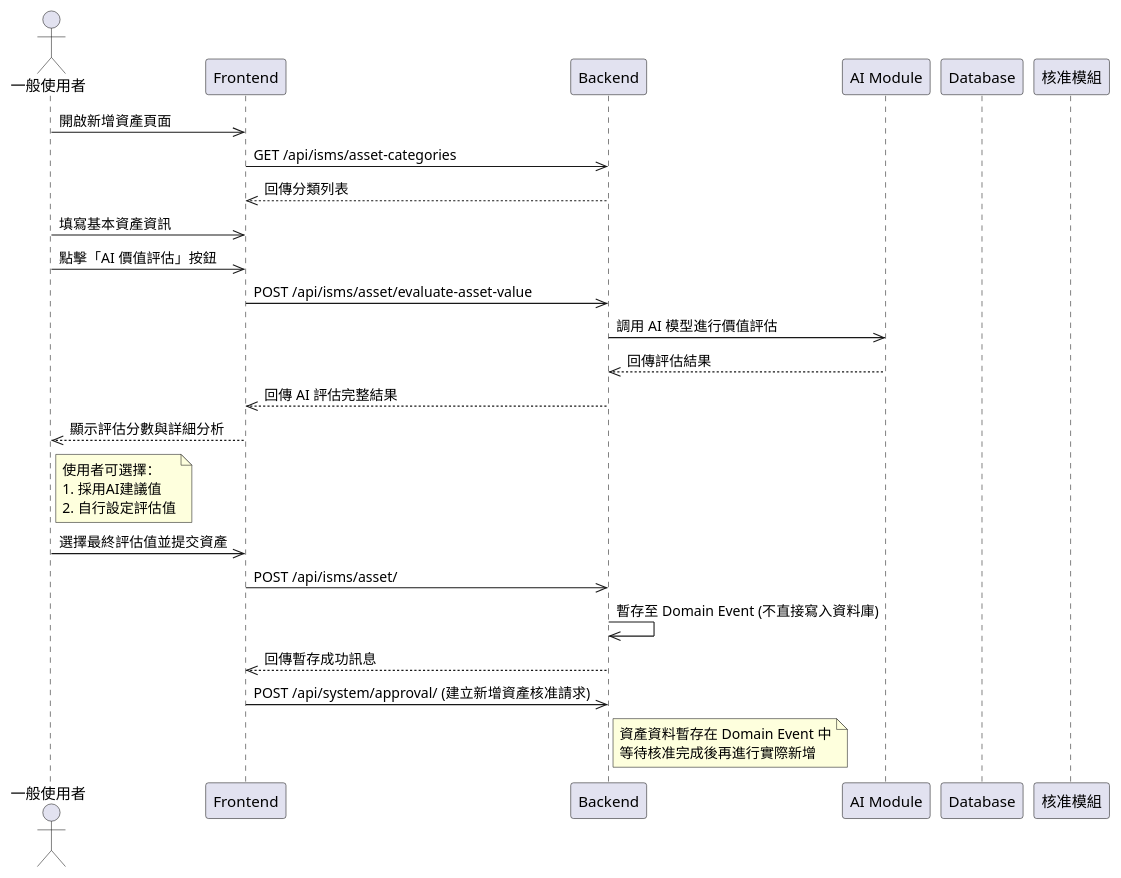
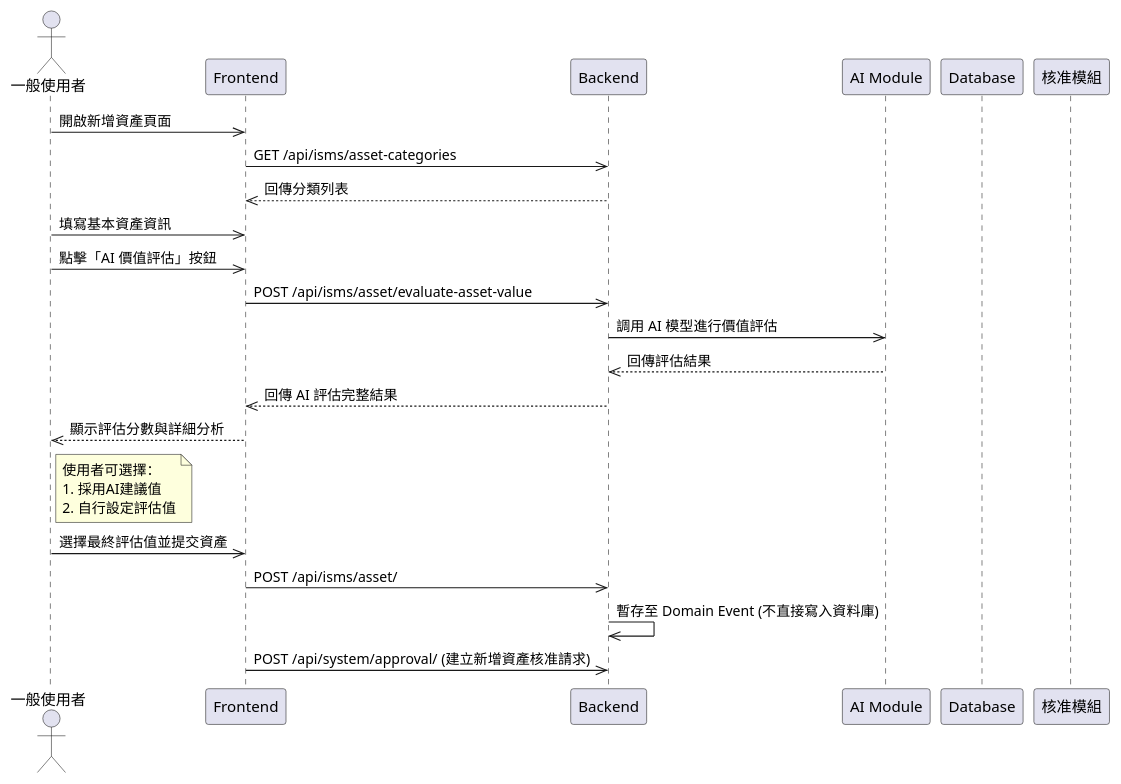
The diagram in plantUML/sequence/asset_create.puml (walle45611/NTUB_SecuManag_Diagram), drawn with PlantUML before and after one commit. The commit also changed 4 other files, not shown here.

Commit message:
feat: 更新流程圖，將資料暫存至 Domain Event 以改善資產與設定的核准流程

```diff
--- a/plantUML/sequence/asset_create.puml
+++ b/plantUML/sequence/asset_create.puml
@@ -1,26 +1,24 @@
 @startuml
 actor User as "一般使用者"
 participant Frontend
 participant Backend
 participant "AI Module" as AI
 participant Database
 participant Approval as "核准模組"
 
 User->>Frontend: 開啟新增資產頁面
 Frontend->>Backend: GET /api/isms/asset-categories
 Backend-->>Frontend: 回傳分類列表
 User->>Frontend: 填寫基本資產資訊
 User->>Frontend: 點擊「AI 價值評估」按鈕
 Frontend->>Backend: POST /api/isms/asset/evaluate-asset-value
 Backend->>AI: 調用 AI 模型進行價值評估
 AI-->>Backend: 回傳評估結果
 Backend-->>Frontend: 回傳 AI 評估完整結果
 Frontend-->>User: 顯示評估分數與詳細分析
 note right of User: 使用者可選擇：\n1. 採用AI建議值\n2. 自行設定評估值
 User->>Frontend: 選擇最終評估值並提交資產
 Frontend->>Backend: POST /api/isms/asset/
 Backend->>Backend: 暫存至 Domain Event (不直接寫入資料庫)
-Backend-->>Frontend: 回傳暫存成功訊息
 Frontend->>Backend: POST /api/system/approval/ (建立新增資產核准請求)
-note right of Backend: 資產資料暫存在 Domain Event 中\n等待核准完成後再進行實際新增
 @enduml
```
